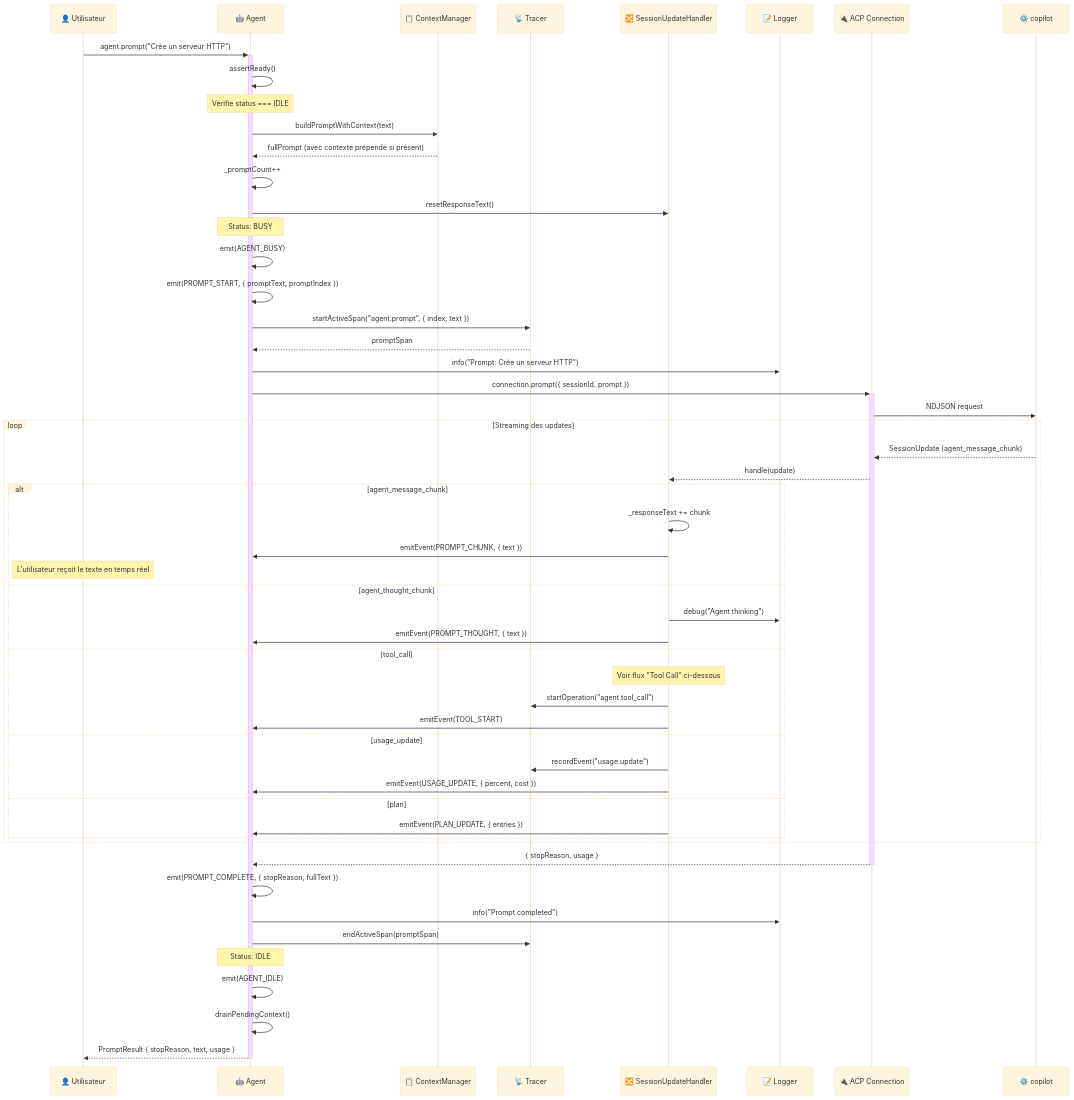
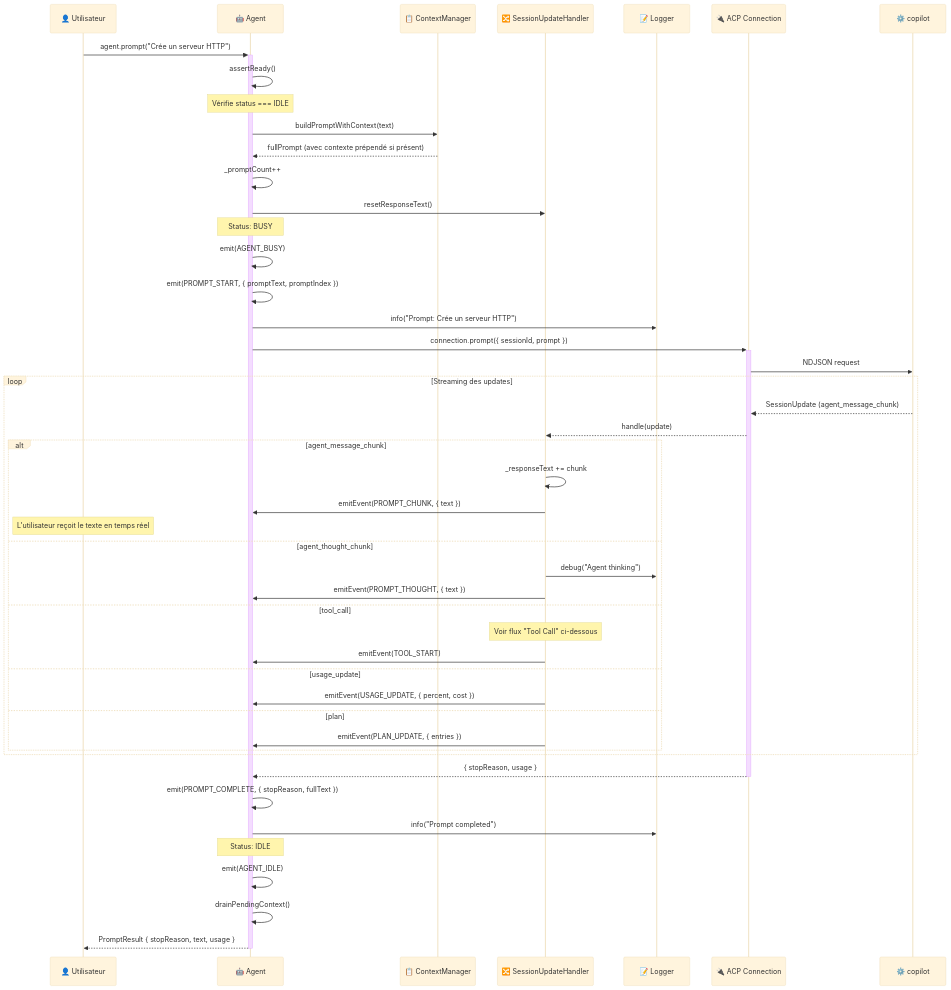
The second of 9 diagrams in docs/architecture/sequences.md (atinseau/stark), drawn with Mermaid (base theme) before and after one commit. The commit also changed other lines of this file and 13 other files, not shown here.

````diff
--- a/docs/architecture/sequences.md
+++ b/docs/architecture/sequences.md
@@ -127,76 +109,68 @@
 ```mermaid
 sequenceDiagram
     participant U as 👤 Utilisateur
     participant A as 🤖 Agent
     participant CTX as 📋 ContextManager
-    participant T as 📡 Tracer
     participant SUH as 🔀 SessionUpdateHandler
     participant L as 📝 Logger
     participant CONN as 🔌 ACP Connection
     participant PROC as ⚙️ copilot
 
     U->>+A: agent.prompt("Crée un serveur HTTP")
 
     A->>A: assertReady()
     Note over A: Vérifie status === IDLE
 
     A->>CTX: buildPromptWithContext(text)
     CTX-->>A: fullPrompt (avec contexte prépendé si présent)
 
     A->>A: _promptCount++
     A->>SUH: resetResponseText()
 
     Note over A: Status: BUSY
 
     A->>A: emit(AGENT_BUSY)
     A->>A: emit(PROMPT_START, { promptText, promptIndex })
 
-    A->>T: startActiveSpan("agent.prompt", { index, text })
-    T-->>A: promptSpan
-
     A->>L: info("Prompt: Crée un serveur HTTP")
 
     A->>+CONN: connection.prompt({ sessionId, prompt })
     CONN->>PROC: NDJSON request
 
     loop Streaming des updates
         PROC-->>CONN: SessionUpdate (agent_message_chunk)
         CONN-->>SUH: handle(update)
 
         alt agent_message_chunk
             SUH->>SUH: _responseText += chunk
             SUH->>A: emitEvent(PROMPT_CHUNK, { text })
             Note over U: L'utilisateur reçoit le texte en temps réel
 
         else agent_thought_chunk
             SUH->>L: debug("Agent thinking")
             SUH->>A: emitEvent(PROMPT_THOUGHT, { text })
 
         else tool_call
             Note over SUH: Voir flux "Tool Call" ci-dessous
-            SUH->>T: startOperation("agent.tool_call")
             SUH->>A: emitEvent(TOOL_START)
 
         else usage_update
-            SUH->>T: recordEvent("usage.update")
             SUH->>A: emitEvent(USAGE_UPDATE, { percent, cost })
 
         else plan
             SUH->>A: emitEvent(PLAN_UPDATE, { entries })
         end
     end
 
     CONN-->>-A: { stopReason, usage }
 
     A->>A: emit(PROMPT_COMPLETE, { stopReason, fullText })
     A->>L: info("Prompt completed")
 
-    A->>T: endActiveSpan(promptSpan)
-
     Note over A: Status: IDLE
 
     A->>A: emit(AGENT_IDLE)
     A->>A: drainPendingContext()
 
     A-->>-U: PromptResult { stopReason, text, usage }
 ```
````
